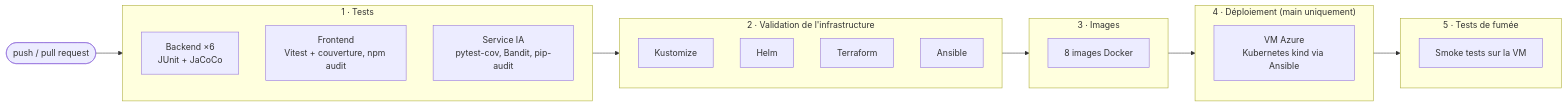
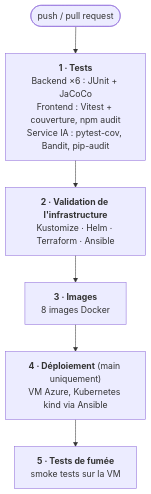
One commit to omartitouhi/SmartRecruit changed the eighth of 8 diagrams in docs/qualite/DIAGRAMMES.md. Above: the diagram before and after it, drawn with Mermaid. The commit also changed other lines of this file and 47 other files, not shown here.

Commit message:
docs(quality): member sheets, test split, diagram images and LaTeX/PDF versions

````diff
--- a/docs/qualite/DIAGRAMMES.md
+++ b/docs/qualite/DIAGRAMMES.md
@@ -324,25 +324,10 @@
 ```mermaid
-flowchart LR
-    P(["push / pull request"]) --> S1
-    subgraph S1["1 · Tests"]
-        B["Backend ×6<br/>JUnit + JaCoCo"]
-        F["Frontend<br/>Vitest + couverture, npm audit"]
-        I["Service IA<br/>pytest-cov, Bandit, pip-audit"]
-    end
-    subgraph S2["2 · Validation de l'infrastructure"]
-        K["Kustomize"]
-        H["Helm"]
-        TF["Terraform"]
-        AN["Ansible"]
-    end
-    subgraph S3["3 · Images"]
-        IM["8 images Docker"]
-    end
-    subgraph S4["4 · Déploiement (main uniquement)"]
-        D["VM Azure<br/>Kubernetes kind via Ansible"]
-    end
-    subgraph S5["5 · Tests de fumée"]
-        SM["Smoke tests sur la VM"]
-    end
-    S1 --> S2 --> S3 --> S4 --> S5
+flowchart TB
+    P(["push / pull request"])
+    S1["<b>1 · Tests</b><br/>Backend ×6 : JUnit + JaCoCo<br/>Frontend : Vitest + couverture, npm audit<br/>Service IA : pytest-cov, Bandit, pip-audit"]
+    S2["<b>2 · Validation de l'infrastructure</b><br/>Kustomize · Helm · Terraform · Ansible"]
+    S3["<b>3 · Images</b><br/>8 images Docker"]
+    S4["<b>4 · Déploiement</b> (main uniquement)<br/>VM Azure, Kubernetes kind via Ansible"]
+    S5["<b>5 · Tests de fumée</b><br/>smoke tests sur la VM"]
+    P --> S1 --> S2 --> S3 --> S4 --> S5
 ```
````
